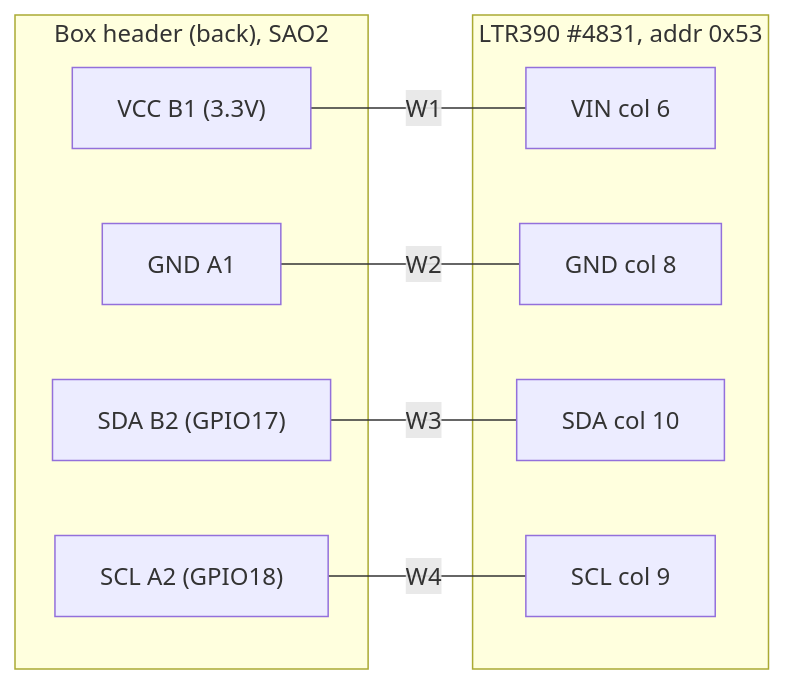
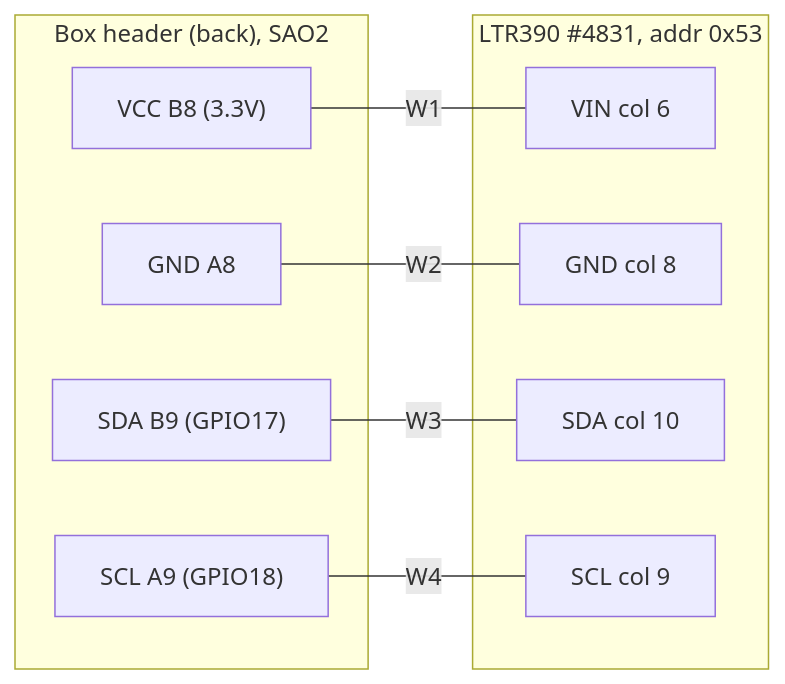
Before and after one commit to cosmosified/2026-Billboard_Badge: the diagram in hardware/sun_sao/UV_ONLY.md, drawn with Mermaid. The commit also changed other lines of this file and 1 other file, not shown here.

````diff
--- a/hardware/sun_sao/UV_ONLY.md
+++ b/hardware/sun_sao/UV_ONLY.md
@@ -44,19 +46,19 @@
 ```mermaid
 flowchart LR
     subgraph HDR["Box header (back), SAO2"]
-        VCC["VCC B1 (3.3V)"]
-        GND["GND A1"]
-        SDA["SDA B2 (GPIO17)"]
-        SCL["SCL A2 (GPIO18)"]
+        VCC["VCC B8 (3.3V)"]
+        GND["GND A8"]
+        SDA["SDA B9 (GPIO17)"]
+        SCL["SCL A9 (GPIO18)"]
     end
     subgraph UV["LTR390 #4831, addr 0x53"]
         VIN["VIN col 6"]
         UG["GND col 8"]
         UD["SDA col 10"]
         UC["SCL col 9"]
     end
     VCC -- "W1" --- VIN
     GND -- "W2" --- UG
     SDA -- "W3" --- UD
     SCL -- "W4" --- UC
 ```
````
